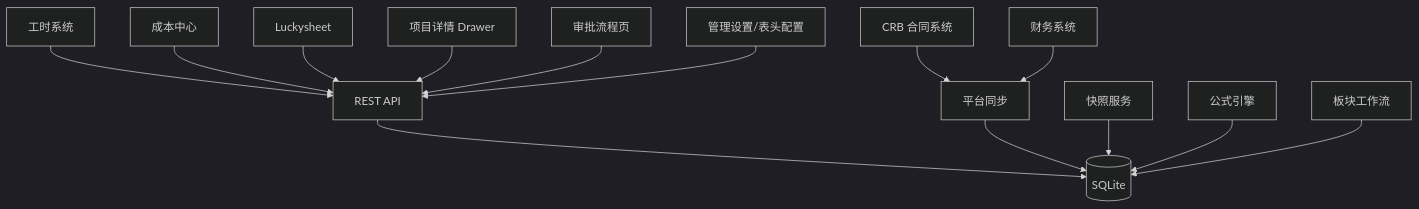
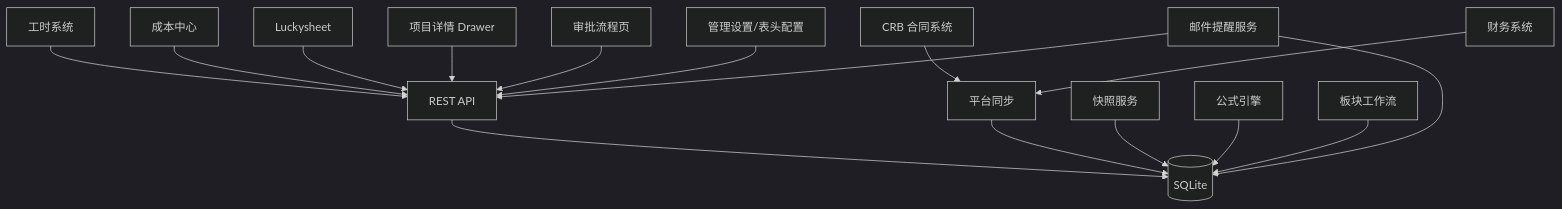
Before and after one commit to marcelxu0272/202605_project-tracking-table: the tenth of 12 diagrams in .qoder/repowiki/zh/content/需求文档/需求文档.md, drawn with Mermaid (dark theme). The commit also changed other lines of this file and 23 other files, not shown here.

````diff
--- a/.qoder/repowiki/zh/content/需求文档/需求文档.md
+++ b/.qoder/repowiki/zh/content/需求文档/需求文档.md
@@ -361,16 +405,18 @@
 ```mermaid
 graph TB
 CRB["CRB 合同系统"] --> SYNC["平台同步"]
 FIN["财务系统"] --> SYNC
 TS["工时系统"] --> API["REST API"]
 COST["成本中心"] --> API
 LUCKY["Luckysheet"] --> API
 DRAWER["项目详情 Drawer"] --> API
 APPROVAL["审批流程页"] --> API
 ADMIN_UI["管理设置/表头配置"] --> API
+MAIL["邮件提醒服务"] --> API
 API --> DB[("SQLite")]
 SYNC --> DB
 SNAP["快照服务"] --> DB
 FORM["公式引擎"] --> DB
 WF["板块工作流"] --> DB
+MAIL --> DB
 ```
````
